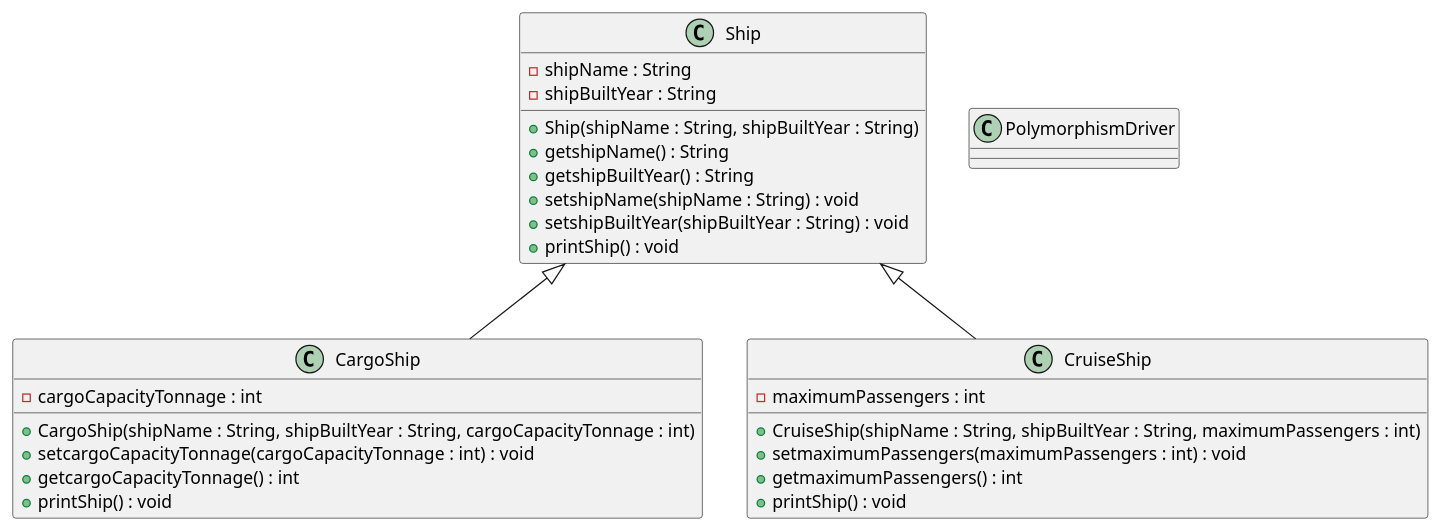
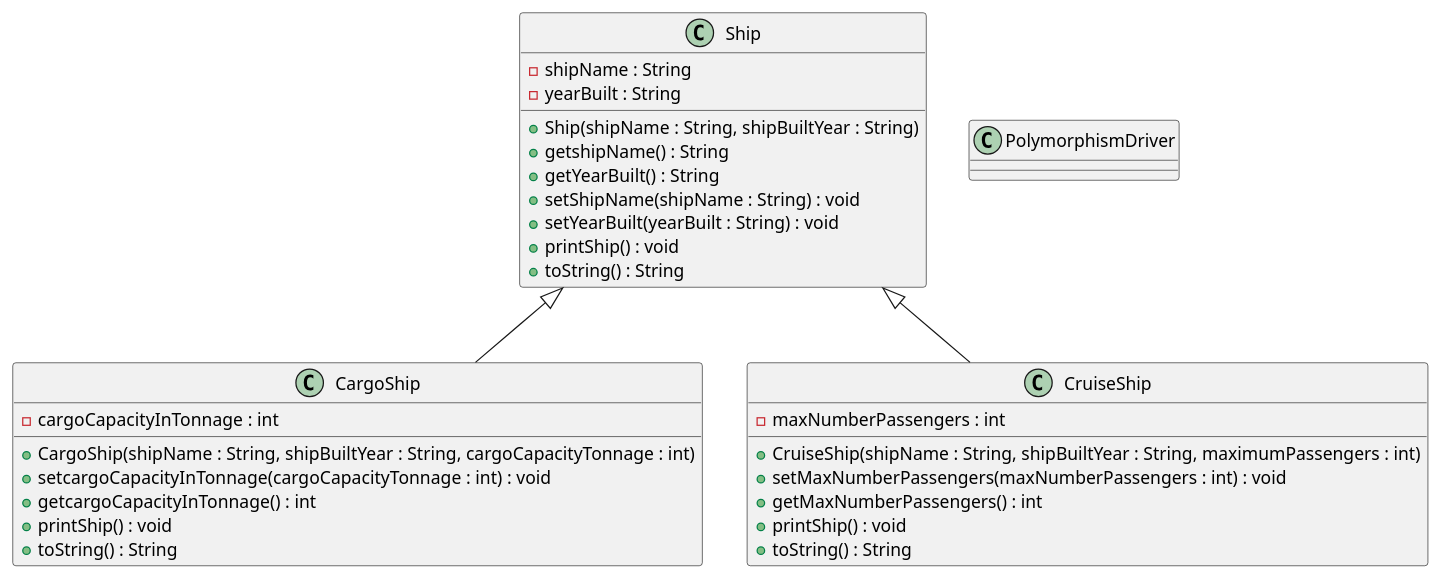
The diagram in Homework 3/ClassHomeworkOnePolymorphism.puml (kellstsai/CS5800), drawn with PlantUML before and after one commit. The commit also changed 3 other files, not shown here.

```diff
--- a/Homework 3/ClassHomeworkOnePolymorphism.puml
+++ b/Homework 3/ClassHomeworkOnePolymorphism.puml
@@ -1,39 +1,42 @@
 @startuml classDiagramPolymoprhism 
 
 class CargoShip {
-    - cargoCapacityTonnage : int
+    - cargoCapacityInTonnage : int
 
     + CargoShip(shipName : String, shipBuiltYear : String, cargoCapacityTonnage : int)
-    + setcargoCapacityTonnage(cargoCapacityTonnage : int) : void
-    + getcargoCapacityTonnage() : int
+    + setcargoCapacityInTonnage(cargoCapacityTonnage : int) : void
+    + getcargoCapacityInTonnage() : int
     + printShip() : void 
+    + toString() : String
 }
 
 class CruiseShip {
-    - maximumPassengers : int 
+    - maxNumberPassengers : int 
 
     + CruiseShip(shipName : String, shipBuiltYear : String, maximumPassengers : int)
-    + setmaximumPassengers(maximumPassengers : int) : void
-    + getmaximumPassengers() : int
+    + setMaxNumberPassengers(maxNumberPassengers : int) : void
+    + getMaxNumberPassengers() : int
     + printShip() : void 
+    + toString() : String
 }
 
 class Ship {
     - shipName : String
-    - shipBuiltYear : String
+    - yearBuilt : String
 
     + Ship(shipName : String, shipBuiltYear : String)
     + getshipName() : String
-    + getshipBuiltYear() : String
-    + setshipName(shipName : String) : void
-    + setshipBuiltYear(shipBuiltYear : String) : void 
+    + getYearBuilt() : String
+    + setShipName(shipName : String) : void
+    + setYearBuilt(yearBuilt : String) : void 
     + printShip() : void
+    + toString() : String
 }
 
 class PolymorphismDriver {
 
 }
 
 Ship <|-- CargoShip
 Ship <|-- CruiseShip
 @enduml
```
